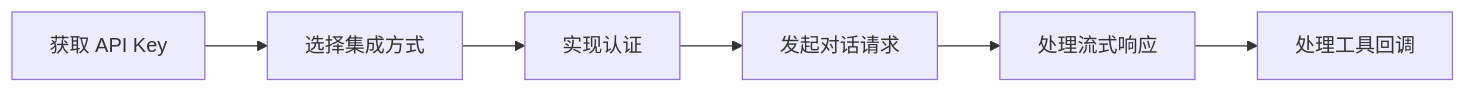
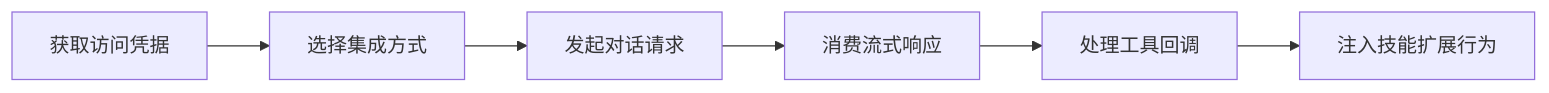
One commit to snz1dp/taiyiflow changed the second of 2 diagrams in src/integration/overview.md. Above: the diagram before and after it, drawn with Mermaid. The commit also changed other lines of this file and 37 other files, not shown here.

````diff
--- a/src/integration/overview.md
+++ b/src/integration/overview.md
@@ -46,8 +94,8 @@
 ```mermaid
 graph LR
-    A["获取 API Key"] --> B["选择集成方式"]
-    B --> C["实现认证"]
-    C --> D["发起对话请求"]
-    D --> E["处理流式响应"]
-    E --> F["处理工具回调"]
+    A["获取访问凭据"] --> B["选择集成方式"]
+    B --> C["发起对话请求"]
+    C --> D["消费流式响应"]
+    D --> E["处理工具回调"]
+    E --> F["注入技能扩展行为"]
 ```
````
